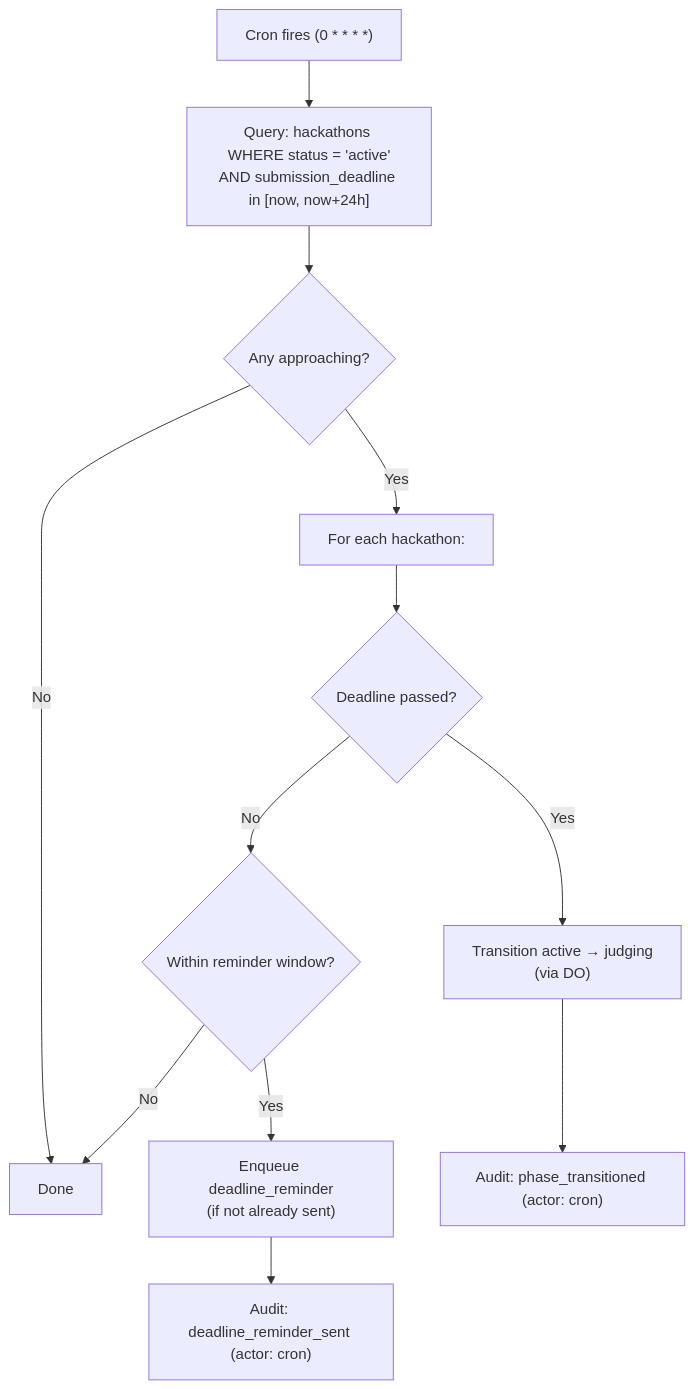
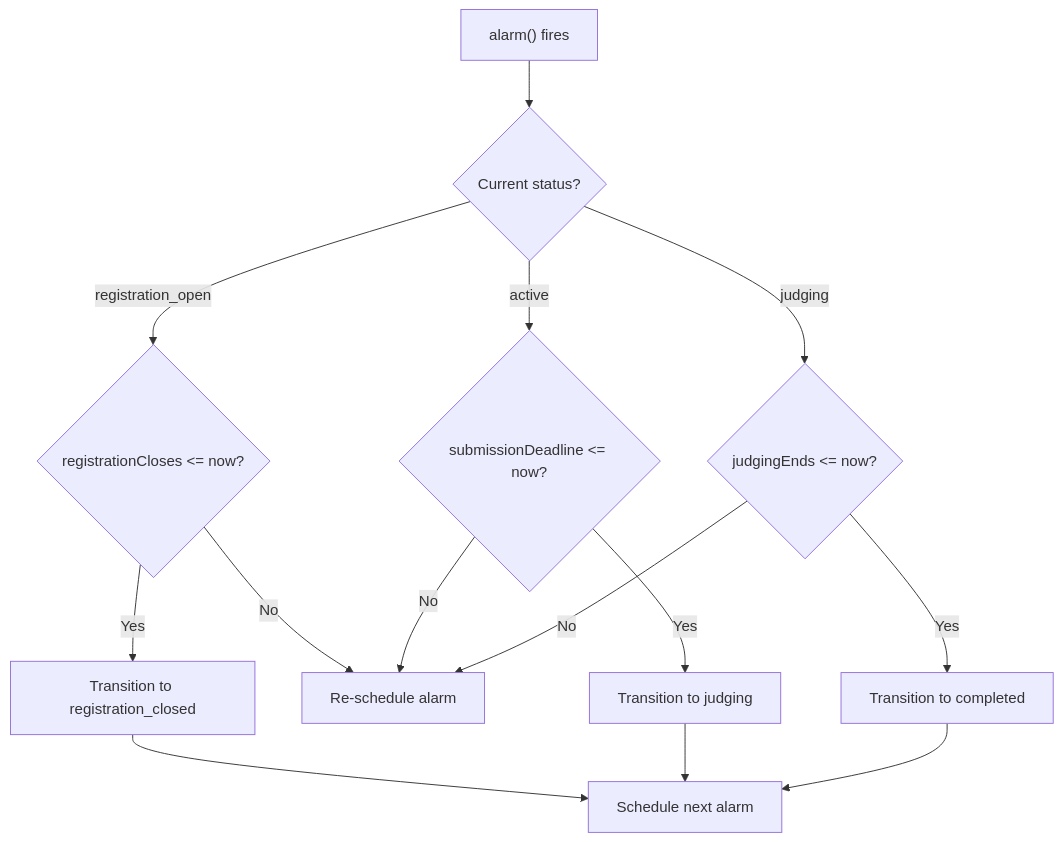
Before and after one commit to devangshupandey2025-stack/DevSage: the second of 4 diagrams in docs/v3/architecture/02-hackathon-lifecycle.md, drawn with Mermaid. The commit also changed other lines of this file and 30 other files, not shown here.

First line of the commit message:
docs: rewrite v3 architecture docs to match current system

````diff
--- a/docs/v3/architecture/02-hackathon-lifecycle.md
+++ b/docs/v3/architecture/02-hackathon-lifecycle.md
@@ -219,14 +131,16 @@
 ```mermaid
 flowchart TD
-    A["Cron fires (0 * * * *)"] --> B["Query: hackathons WHERE status = 'active'<br/>AND submission_deadline in [now, now+24h]"]
-    B --> C{Any approaching?}
-    C -->|No| D[Done]
-    C -->|Yes| E["For each hackathon:"]
-    E --> F{Deadline passed?}
-    F -->|Yes| G["Transition active → judging<br/>(via DO)"]
-    F -->|No| H{Within reminder window?}
-    H -->|Yes| I["Enqueue deadline_reminder<br/>(if not already sent)"]
-    H -->|No| D
-    G --> J["Audit: phase_transitioned (actor: cron)"]
-    I --> K["Audit: deadline_reminder_sent (actor: cron)"]
+    A["alarm() fires"] --> B{"Current status?"}
+    B -->|"registration_open"| C{"registrationCloses <= now?"}
+    C -->|"Yes"| D["Transition to registration_closed"]
+    C -->|"No"| E["Re-schedule alarm"]
+    B -->|"active"| F{"submissionDeadline <= now?"}
+    F -->|"Yes"| G["Transition to judging"]
+    F -->|"No"| E
+    B -->|"judging"| H{"judgingEnds <= now?"}
+    H -->|"Yes"| I["Transition to completed"]
+    H -->|"No"| E
+    D --> J["Schedule next alarm"]
+    G --> J
+    I --> J
 ```
````
